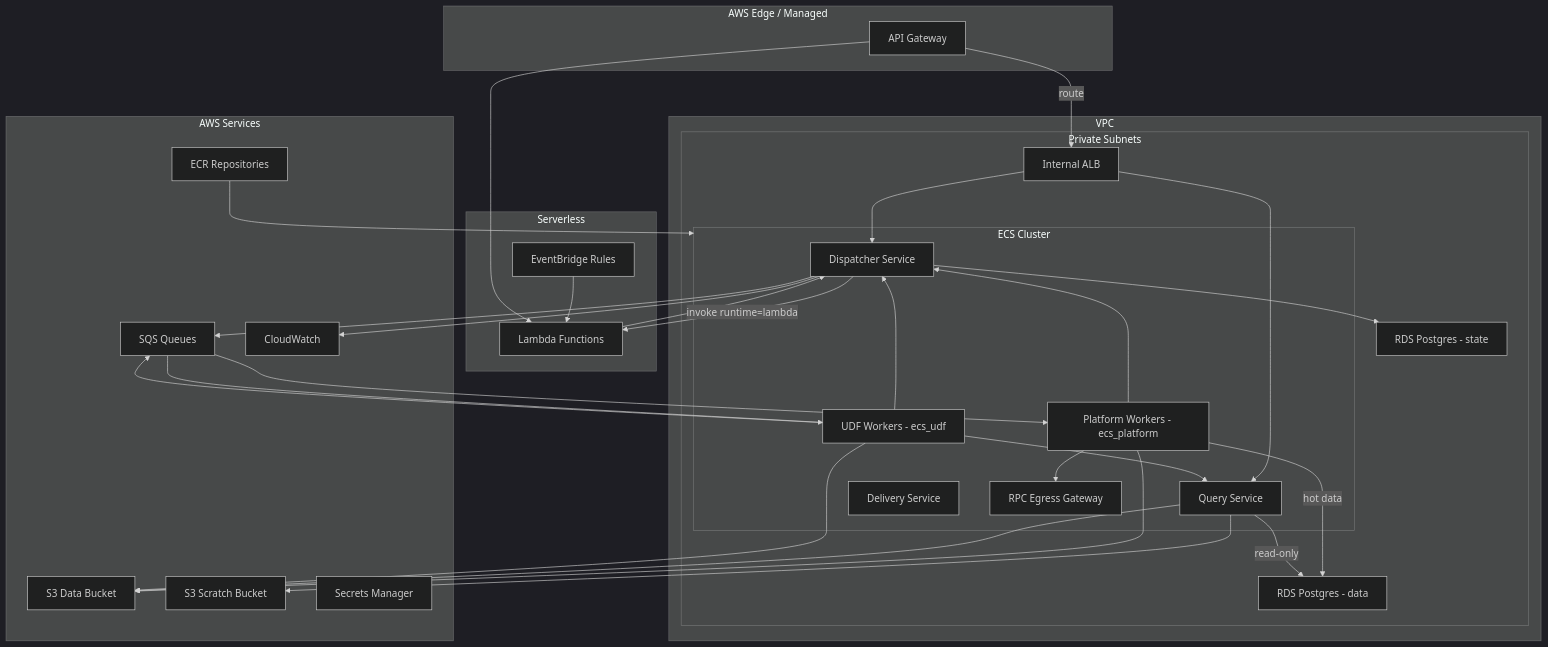
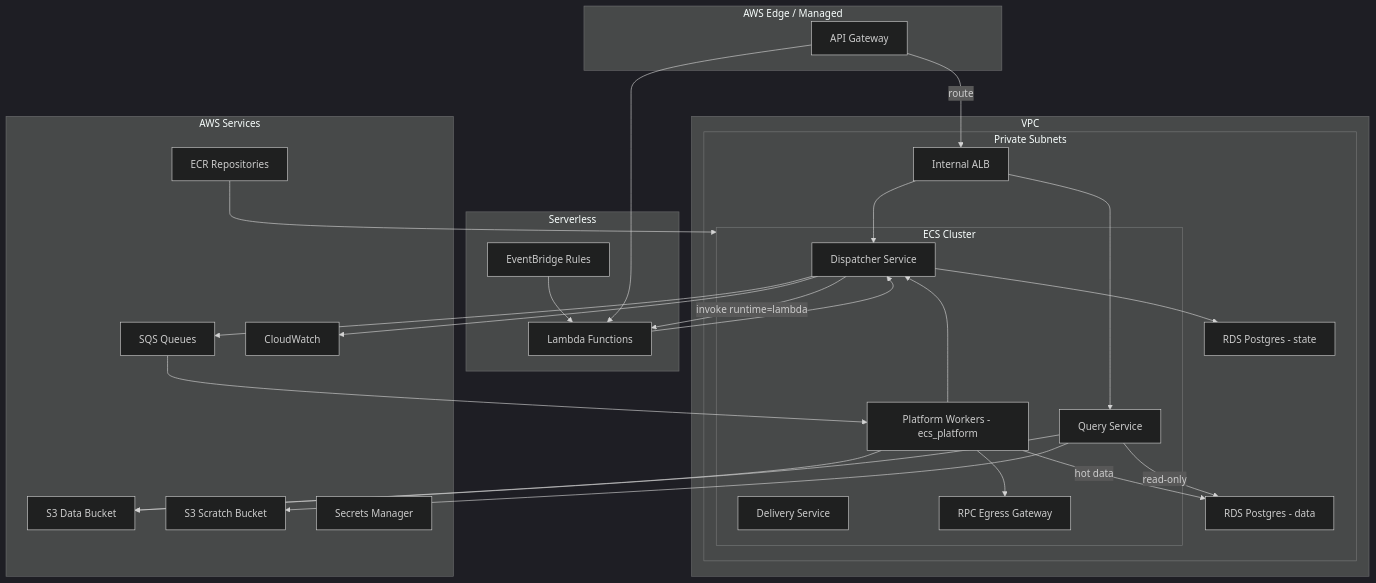
The diagram in docs/deploy/infrastructure.md (c7121/trace), drawn with Mermaid (dark theme) before and after one commit. The commit also changed other lines of this file and 25 other files, not shown here.

````diff
--- a/docs/deploy/infrastructure.md
+++ b/docs/deploy/infrastructure.md
@@ -7,77 +7,71 @@
 ```mermaid
 flowchart TB
     %% API Gateway is an AWS-managed edge service.
     %% In v1, API Gateway uses a private integration (VPC Link) to an internal ALB.
     subgraph Edge["AWS Edge / Managed"]
         APIGW[API Gateway]
     end
 
     subgraph VPC["VPC"]
         subgraph Private["Private Subnets"]
             ALB[Internal ALB]
 
             subgraph ECS["ECS Cluster"]
                 DISPATCHER_SVC[Dispatcher Service]
                 QUERY_SVC[Query Service]
                 PLATFORM_WORKERS["Platform Workers - ecs_platform"]
-                UDF_WORKERS["UDF Workers - ecs_udf"]
                 DELIVERY_SVC[Delivery Service]
                 RPC_EGRESS[RPC Egress Gateway]
             end
 
             RDS_STATE["RDS Postgres - state"]
             RDS_DATA["RDS Postgres - data"]
         end
     end
 
     subgraph Serverless["Serverless"]
         EVENTBRIDGE[EventBridge Rules]
         LAMBDA[Lambda Functions]
     end
 
     subgraph AWS_Services["AWS Services"]
         SQS_QUEUES[SQS Queues]
         S3_BUCKET[S3 Data Bucket]
         S3_SCRATCH[S3 Scratch Bucket]
         ECR[ECR Repositories]
         CW[CloudWatch]
         SM[Secrets Manager]
     end
 
     APIGW -->|route| ALB
     ALB --> DISPATCHER_SVC
     ALB --> QUERY_SVC
 
     EVENTBRIDGE --> LAMBDA
     APIGW --> LAMBDA
     LAMBDA --> DISPATCHER_SVC
     DISPATCHER_SVC -->|invoke runtime=lambda| LAMBDA
 
     DISPATCHER_SVC --> RDS_STATE
     DISPATCHER_SVC --> SQS_QUEUES
     DISPATCHER_SVC --> CW
 
     SQS_QUEUES --> PLATFORM_WORKERS
-    SQS_QUEUES --> UDF_WORKERS
 
     PLATFORM_WORKERS --> DISPATCHER_SVC
-    UDF_WORKERS --> DISPATCHER_SVC
 
     PLATFORM_WORKERS -->|hot data| RDS_DATA
     PLATFORM_WORKERS --> S3_BUCKET
 
     QUERY_SVC -->|read-only| RDS_DATA
     QUERY_SVC --> S3_BUCKET
     QUERY_SVC --> S3_SCRATCH
 
-    UDF_WORKERS --> QUERY_SVC
-    UDF_WORKERS --> S3_BUCKET
-    UDF_WORKERS --> SQS_QUEUES
 
     PLATFORM_WORKERS --> RPC_EGRESS
 
     %% Secrets are injected at task launch via ECS task definition secrets.
     %% Untrusted UDF tasks do not have Secrets Manager permissions.
 
     ECR --> ECS
 ```
````
